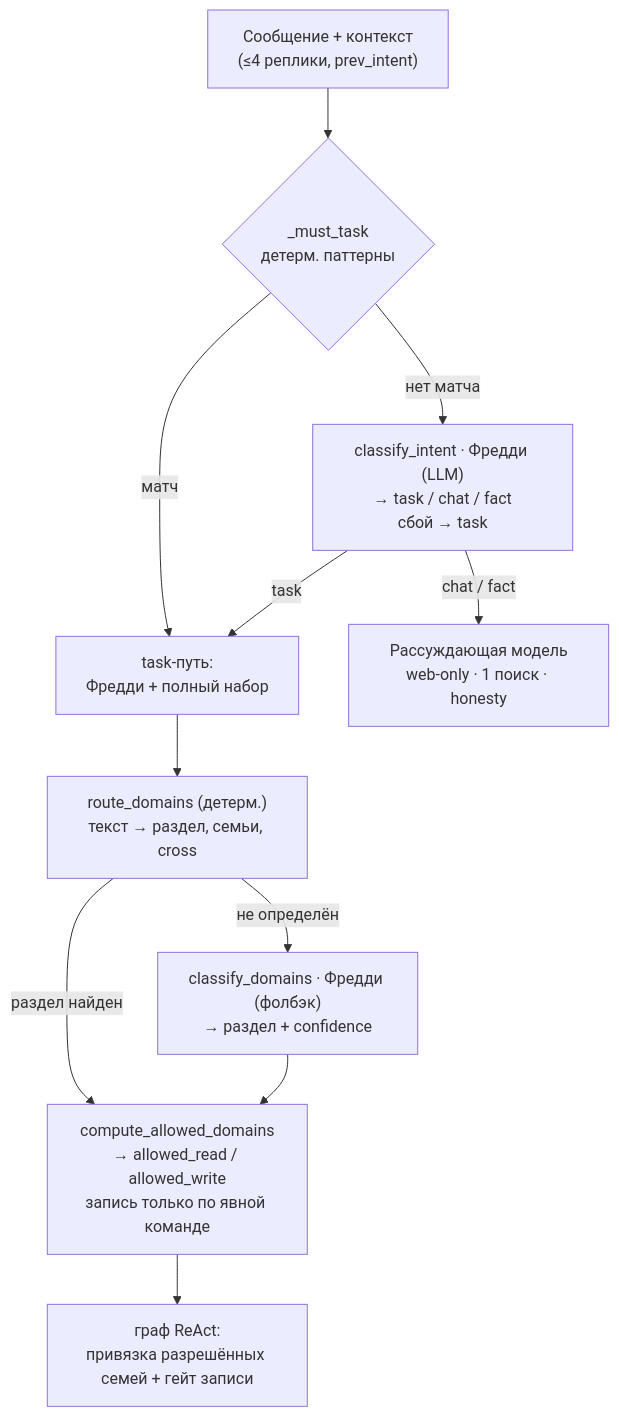
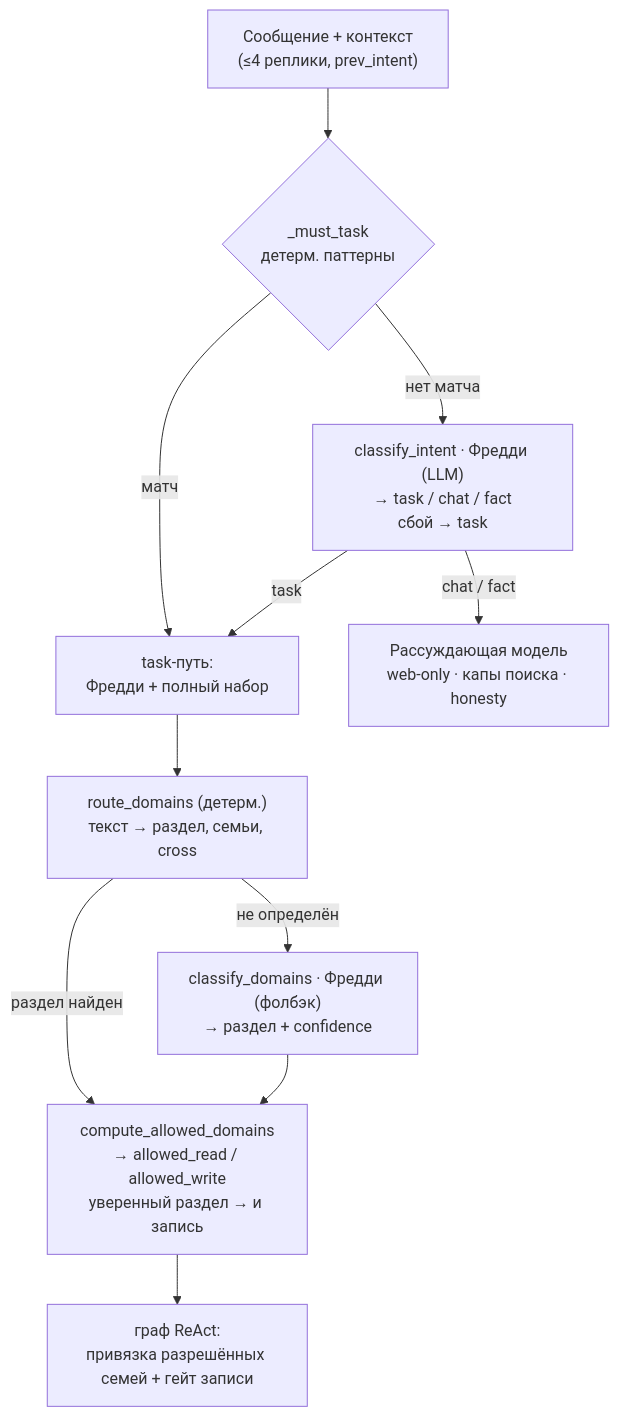
The diagram in docs/architecture/react-preflight-pipeline.md (Hakuoro357/sreda), drawn with Mermaid before and after one commit. The commit also changed other lines of this file, not shown here.

First line of the commit message:
docs(#248): doc-sync react-preflight-pipeline — провайдер #257, write-политика #263, капы #215

````diff
--- a/docs/architecture/react-preflight-pipeline.md
+++ b/docs/architecture/react-preflight-pipeline.md
@@ -24,14 +24,14 @@
 ```mermaid
 flowchart TD
     IN["Сообщение + контекст<br/>(≤4 реплики, prev_intent)"]
     IN --> MT{"_must_task<br/>детерм. паттерны"}
     MT -->|матч| TASK
     MT -->|нет матча| CI["classify_intent · Фредди (LLM)<br/>→ task / chat / fact<br/>сбой → task"]
-    CI -->|chat / fact| CF["Рассуждающая модель<br/>web-only · 1 поиск · honesty"]
+    CI -->|chat / fact| CF["Рассуждающая модель<br/>web-only · капы поиска · honesty"]
     CI -->|task| TASK["task-путь:<br/>Фредди + полный набор"]
     TASK --> RD["route_domains (детерм.)<br/>текст → раздел, семьи, cross"]
     RD -->|раздел найден| CA
     RD -->|не определён| CD["classify_domains · Фредди (фолбэк)<br/>→ раздел + confidence"]
-    CD --> CA["compute_allowed_domains<br/>→ allowed_read / allowed_write<br/>запись только по явной команде"]
+    CD --> CA["compute_allowed_domains<br/>→ allowed_read / allowed_write<br/>уверенный раздел → и запись"]
     CA --> G["граф ReAct:<br/>привязка разрешённых семей + гейт записи"]
 ```
````
